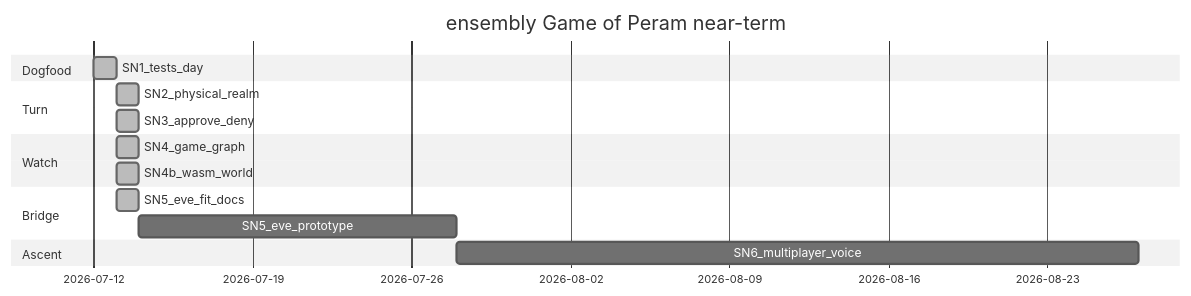
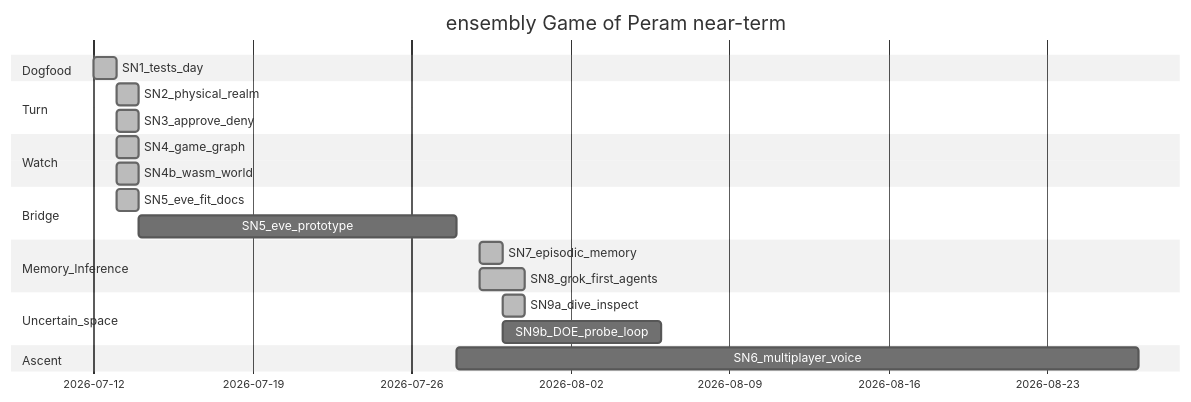
One commit to thecuriousts/ensembly changed diagram 15 of 16 in docs/arch-design/coming-next.md. Above: the diagram before and after it, drawn with Mermaid (neutral theme). The commit also changed other lines of this file and 5 other files, not shown here.

````diff
--- a/docs/arch-design/coming-next.md
+++ b/docs/arch-design/coming-next.md
@@ -490,18 +547,24 @@
 ```mermaid
 gantt
   title ensembly Game of Peram near-term
   dateFormat YYYY-MM-DD
   section Dogfood
   SN1_tests_day           :done, sn1, 2026-07-12, 1d
   section Turn
   SN2_physical_realm      :done, sn2, 2026-07-13, 1d
   SN3_approve_deny        :done, sn3, 2026-07-13, 1d
   section Watch
   SN4_game_graph          :done, sn4, 2026-07-13, 1d
   SN4b_wasm_world         :done, sn4b, 2026-07-13, 1d
   section Bridge
   SN5_eve_fit_docs        :done, sn5d, 2026-07-13, 1d
   SN5_eve_prototype       :sn5p, 2026-07-14, 14d
+  section Memory_Inference
+  SN7_episodic_memory     :done, sn7, 2026-07-29, 1d
+  SN8_grok_first_agents   :done, sn8, 2026-07-29, 2d
+  section Uncertain_space
+  SN9a_dive_inspect       :done, sn9a, 2026-07-30, 1d
+  SN9b_DOE_probe_loop     :sn9b, 2026-07-30, 7d
   section Ascent
   SN6_multiplayer_voice   :sn6, after sn5p, 30d
 ```
````
